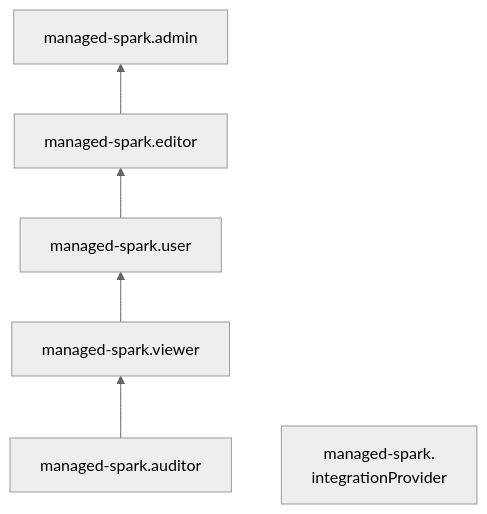
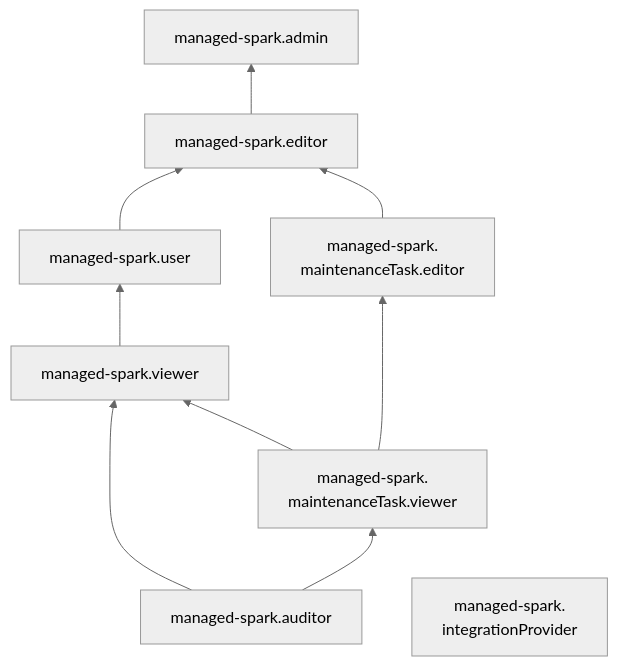
One commit to yandex-cloud/docs changed the diagram in ru/_mermaid/roles/managed-spark.md. Above: the diagram before and after it, drawn with Mermaid (neutral theme). The commit also changed 584 other files, not shown here.

````diff
--- a/ru/_mermaid/roles/managed-spark.md
+++ b/ru/_mermaid/roles/managed-spark.md
@@ -1,9 +1,15 @@
 ```mermaid
 flowchart BT
     managed-spark.auditor --> managed-spark.viewer
     managed-spark.viewer --> managed-spark.user
     managed-spark.user --> managed-spark.editor
     managed-spark.editor --> managed-spark.admin
+    managed-spark.auditor --> managed-spark.maintenanceTask.viewer["`managed-spark.
+    maintenanceTask.viewer`"]
+    managed-spark.maintenanceTask.viewer --> managed-spark.maintenanceTask.editor["`managed-spark.
+    maintenanceTask.editor`"]
+    managed-spark.maintenanceTask.viewer --> managed-spark.viewer
+    managed-spark.maintenanceTask.editor --> managed-spark.editor
     managed-spark.integrationProvider["`managed-spark.
     integrationProvider`"]
 ```
````
